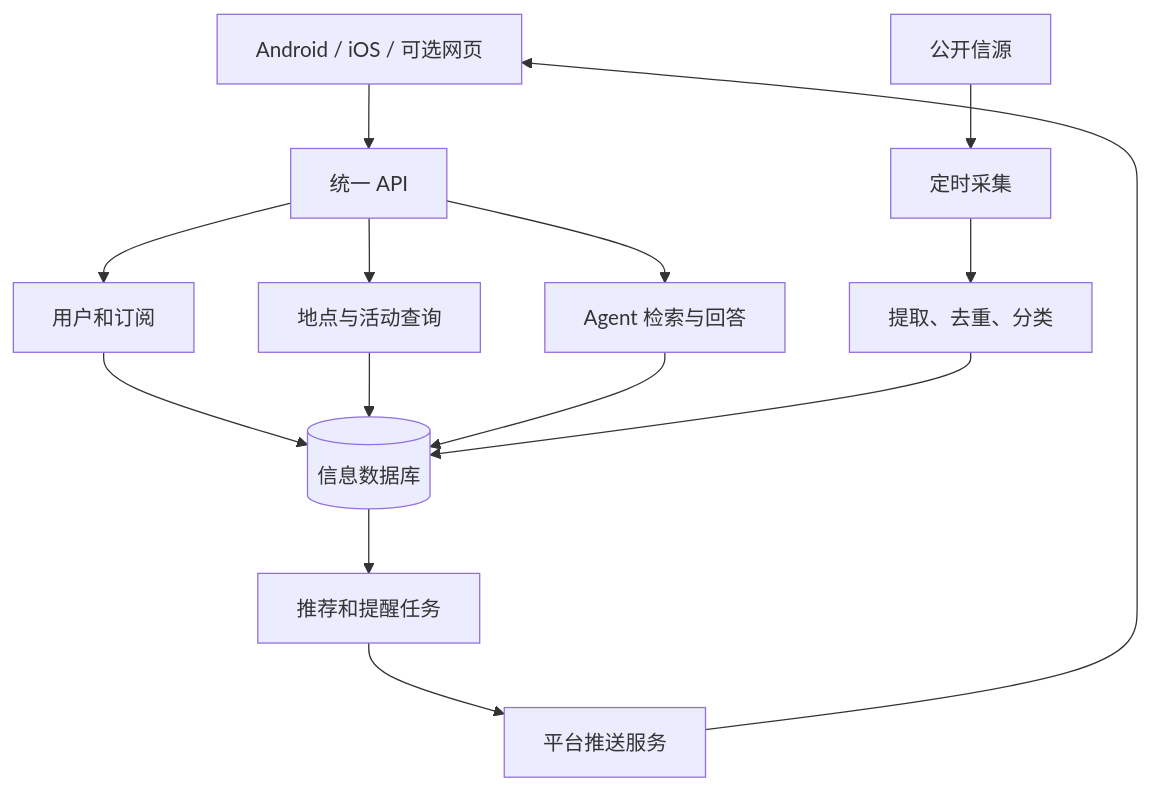
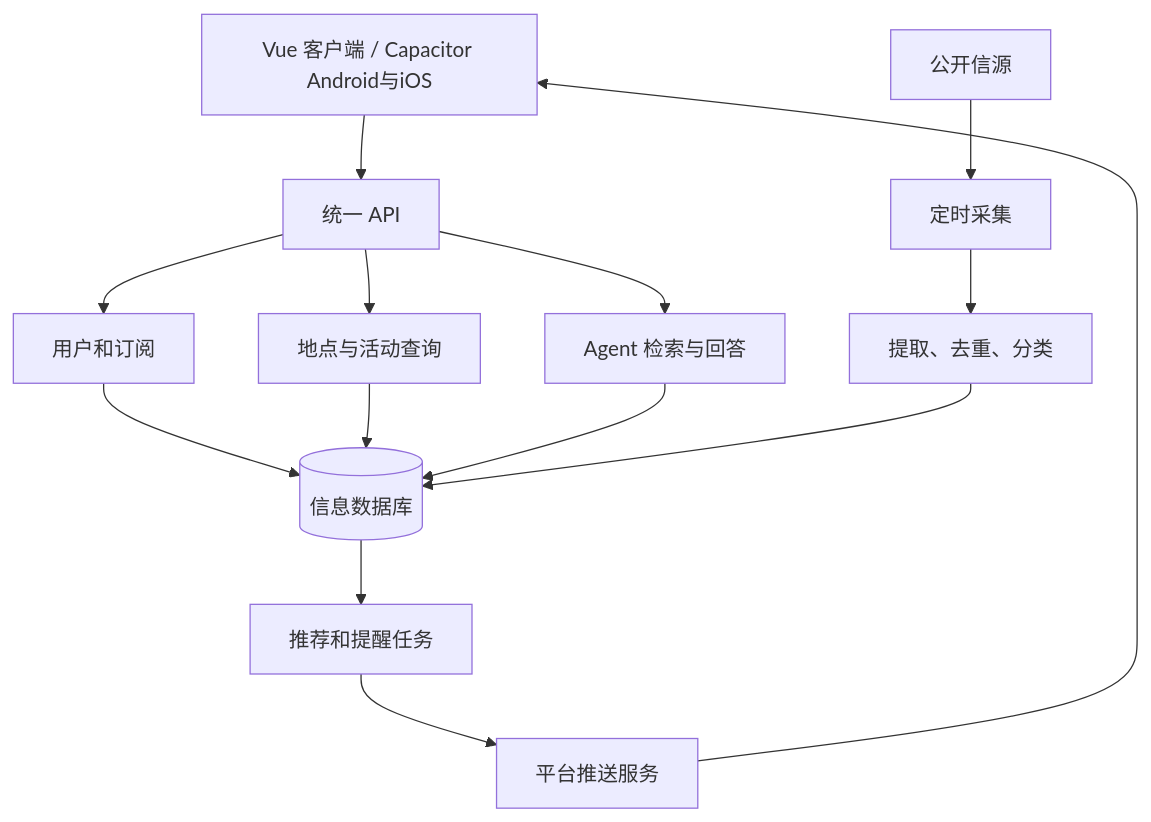
One commit to TomoriKaho/Livelife changed the second of 2 diagrams in docs/architecture.md. Above: the diagram before and after it, drawn with Mermaid. The commit also changed other lines of this file and 7 other files, not shown here.

````diff
--- a/docs/architecture.md
+++ b/docs/architecture.md
@@ -11,16 +55,16 @@
 ```mermaid
 flowchart TD
-    APP[Android / iOS / 可选网页] --> API[统一 API]
+    APP[Vue 客户端 / Capacitor Android与iOS] --> API[统一 API]
     API --> USER[用户和订阅]
     API --> MAP[地点与活动查询]
     API --> AGENT[Agent 检索与回答]
     USER --> DB[(信息数据库)]
     MAP --> DB
     AGENT --> DB
     SOURCE[公开信源] --> COLLECT[定时采集]
     COLLECT --> NORMAL[提取、去重、分类]
     NORMAL --> DB
     DB --> RECOMMEND[推荐和提醒任务]
     RECOMMEND --> PUSH[平台推送服务]
     PUSH --> APP
 ```
````
